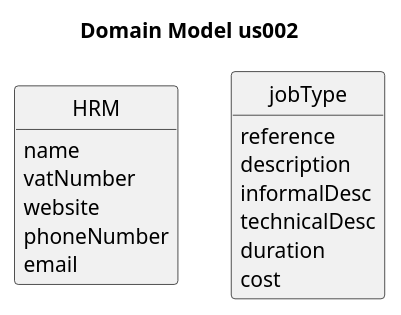
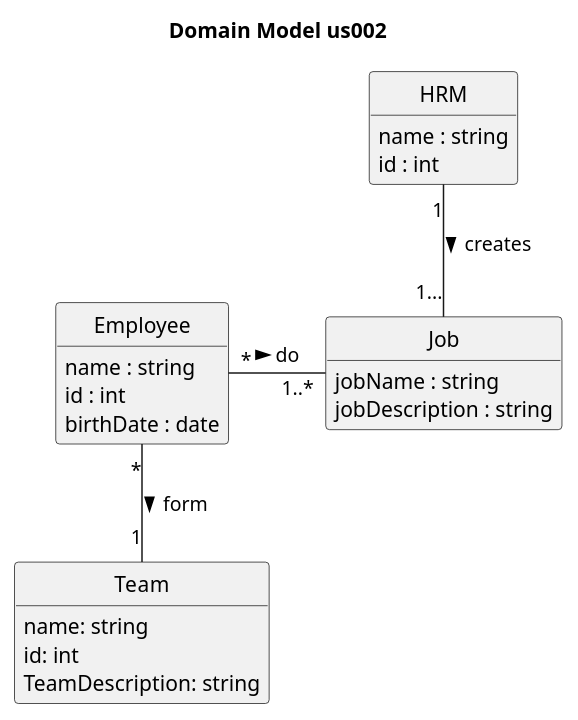
The diagram in docs/sprintA/us002/02.analysis/puml/project-domain-model.puml (Departamento-de-Engenharia-Informatica/lei-24-s2-1dm-g132), drawn with PlantUML before and after one commit. The commit also changed 1 other file, not shown here.

```diff
--- a/docs/sprintA/us002/02.analysis/puml/project-domain-model.puml
+++ b/docs/sprintA/us002/02.analysis/puml/project-domain-model.puml
@@ -1,48 +1,51 @@
 @startuml
 skinparam monochrome true
 skinparam packageStyle rectangle
 skinparam shadowing false
 'skinparam linetype ortho
 'left to right direction
 skinparam classAttributeIconSize 0
 hide circle
 hide methods
 
 title Domain Model us002
 
 
 
 class HRM {
-    name
-    vatNumber
-    website
-    phoneNumber
-    email
+    name : string
+    id : int
 }
 
-class jobType {
-    reference
-    description
-    informalDesc
-    technicalDesc
-    duration
-    cost
+class Job {
+    jobName : string
+    jobDescription : string
+
 }
+class Employee {
+    name : string
+    id : int
+    birthDate : date
+    }
 
-
-'Platform "1" -- "*" Organization : has registered >
-'Platform "1" -- "*" Category : defines >
-'jobType "1" - "1..*" HRM : has >
+class Team {
+     name: string
+     id: int
+     TeamDescription: string
+}
+Employee "*" -- "1" Team : form >
+HRM "1" -- "1..." Job : creates >
+Employee "*" - "1..*" Job : do >
 'Organization "1" - "0..*" Task: owns >
 'Task "*" -- "1" Employee: created by >
 'Employee "1" -- "*" Task : creates >
 'Employee "0..1" -- "1" User: acts as >
 'Task "*" - "1" Category: cataloged as >
 'TechnicalSkill "*" - "1" ActivityArea: regarding an >
 
 'Category "*" - "*" TechnicalSkill :  : requires >
 '(Category, TechnicalSkill) . FeatureTS
 
 'Organization "1" -left "1" PostalAddress : located At >
 
 @enduml
```
